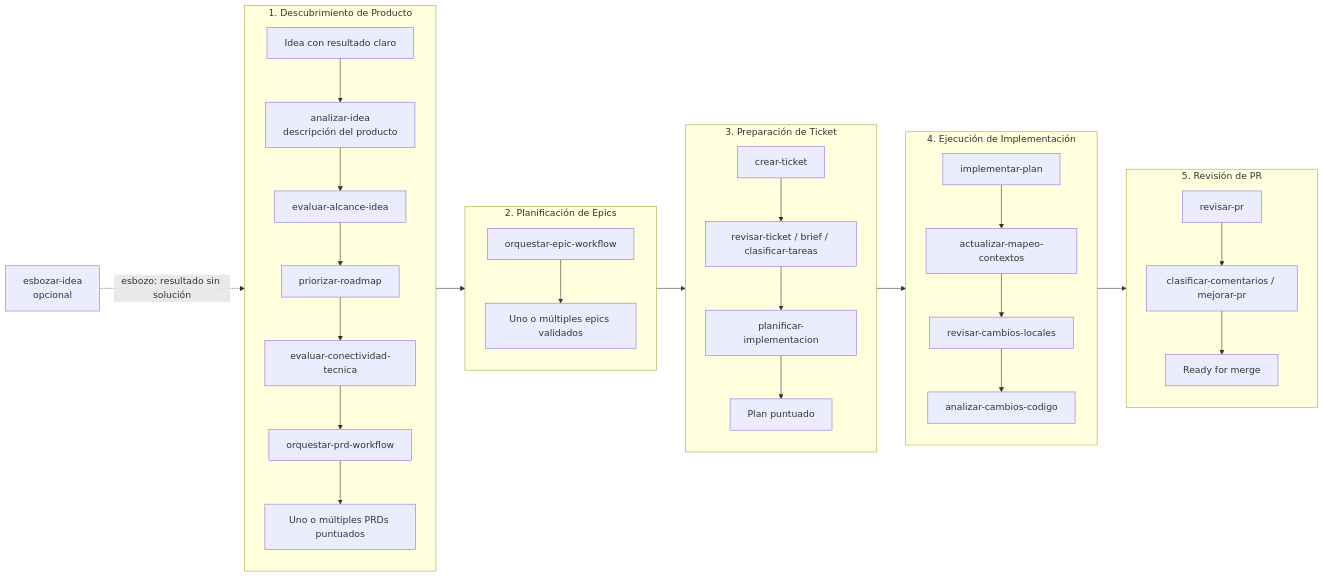
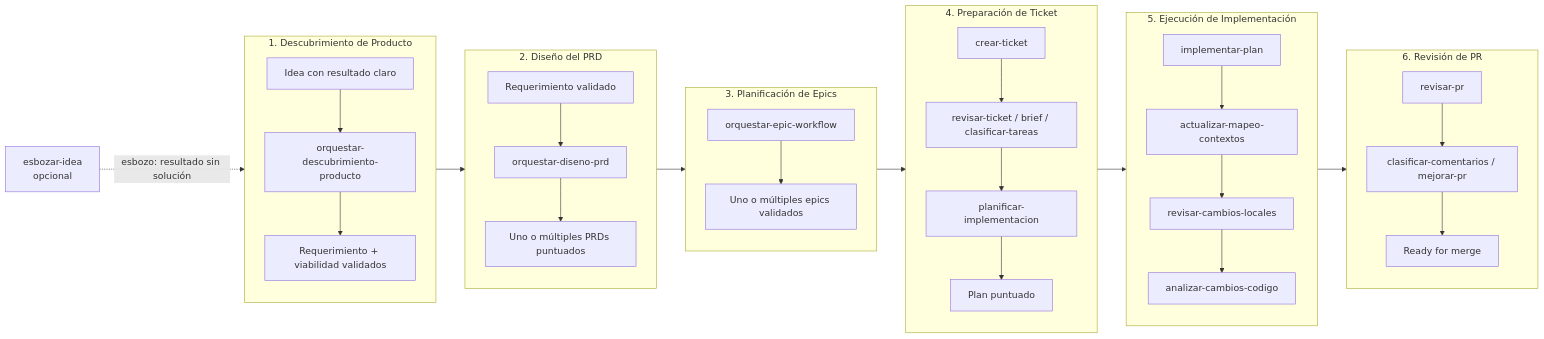
One commit to gilmrjc/factory changed the first of 10 diagrams in docs/workflows.md. Above: the diagram before and after it, drawn with Mermaid. The commit also changed other lines of this file and 10 other files, not shown here.

````diff
--- a/docs/workflows.md
+++ b/docs/workflows.md
@@ -25,41 +26,43 @@
 ```mermaid
 flowchart LR
-    Pminus1[esbozar-idea<br/>opcional] -.->|esbozo: resultado sin solución| P1
+    Pminus1[esbozar-idea<br/>opcional] -.->|esbozo: resultado sin solución| P0
 
     subgraph WF1["1. Descubrimiento de Producto"]
         direction TB
-        P0[Idea con resultado claro] --> P1[analizar-idea<br/>descripción del producto]
-        P1 --> P2[evaluar-alcance-idea]
-        P2 --> P3[priorizar-roadmap]
-        P3 --> P4[evaluar-conectividad-tecnica]
-        P4 --> P5[orquestar-prd-workflow]
-        P5 --> P6[Uno o múltiples PRDs puntuados]
+        P0[Idea con resultado claro] --> P1[orquestar-descubrimiento-producto]
+        P1 --> P2[Requerimiento + viabilidad validados]
     end
 
-    subgraph WF2["2. Planificación de Epics"]
+    subgraph WF2["2. Diseño del PRD"]
+        direction TB
+        P3[Requerimiento validado] --> P4[orquestar-diseno-prd]
+        P4 --> P5[Uno o múltiples PRDs puntuados]
+    end
+
+    subgraph WF3["3. Planificación de Epics"]
         direction TB
         E1[orquestar-epic-workflow] --> E2[Uno o múltiples epics validados]
     end
 
-    subgraph WF3["3. Preparación de Ticket"]
+    subgraph WF4["4. Preparación de Ticket"]
         direction TB
         T1[crear-ticket] --> T2[revisar-ticket / brief / clasificar-tareas]
         T2 --> T3[planificar-implementacion]
         T3 --> T4[Plan puntuado]
     end
 
-    subgraph WF4["4. Ejecución de Implementación"]
+    subgraph WF5["5. Ejecución de Implementación"]
         direction TB
         I1[implementar-plan] --> I2[actualizar-mapeo-contextos]
         I2 --> I3[revisar-cambios-locales]
         I3 --> I4[analizar-cambios-codigo]
     end
 
-    subgraph WF5["5. Revisión de PR"]
+    subgraph WF6["6. Revisión de PR"]
         direction TB
         R1[revisar-pr] --> R2[clasificar-comentarios / mejorar-pr]
         R2 --> R3[Ready for merge]
     end
 
-    WF1 --> WF2 --> WF3 --> WF4 --> WF5
+    WF1 --> WF2 --> WF3 --> WF4 --> WF5 --> WF6
 ```
````
